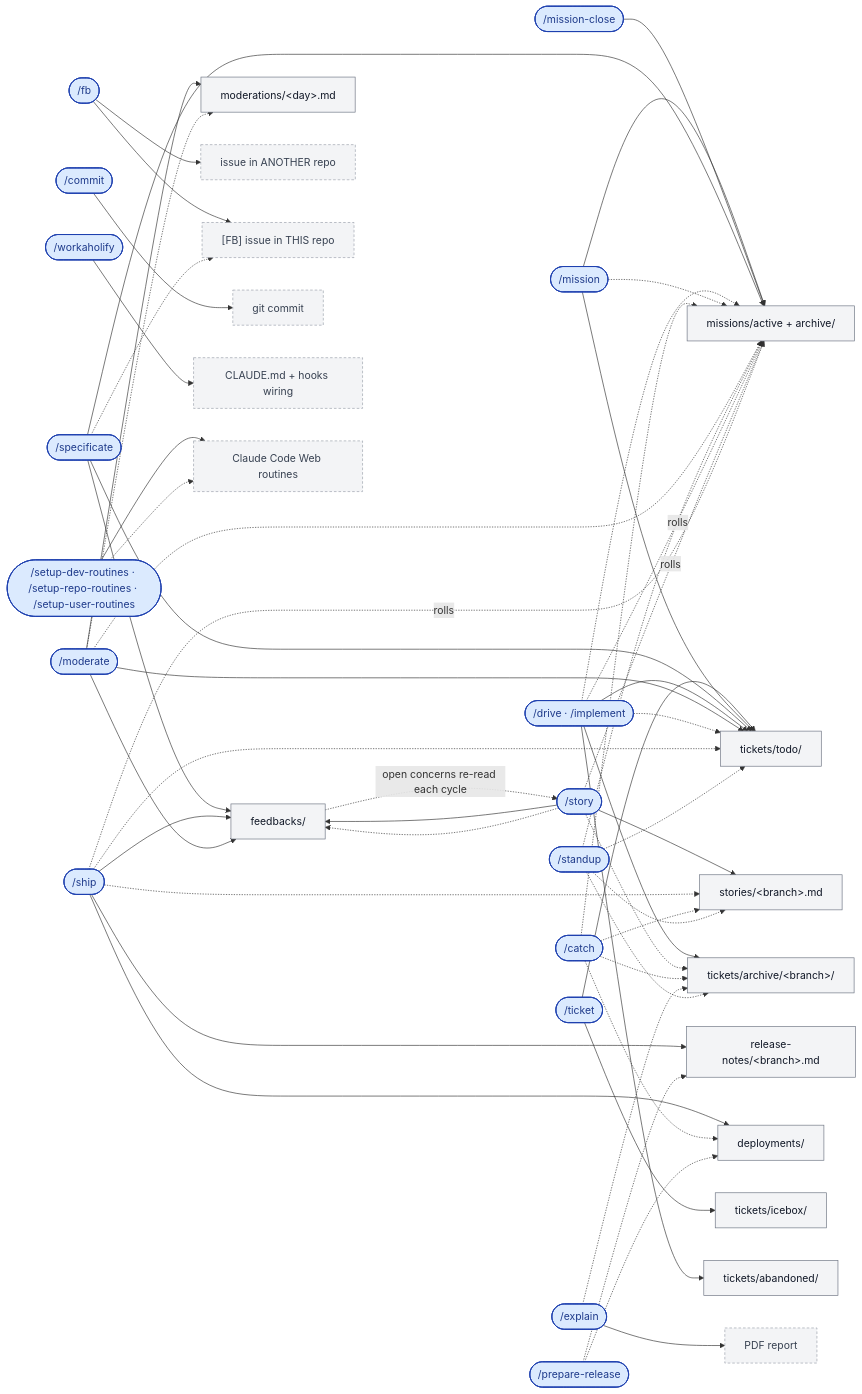
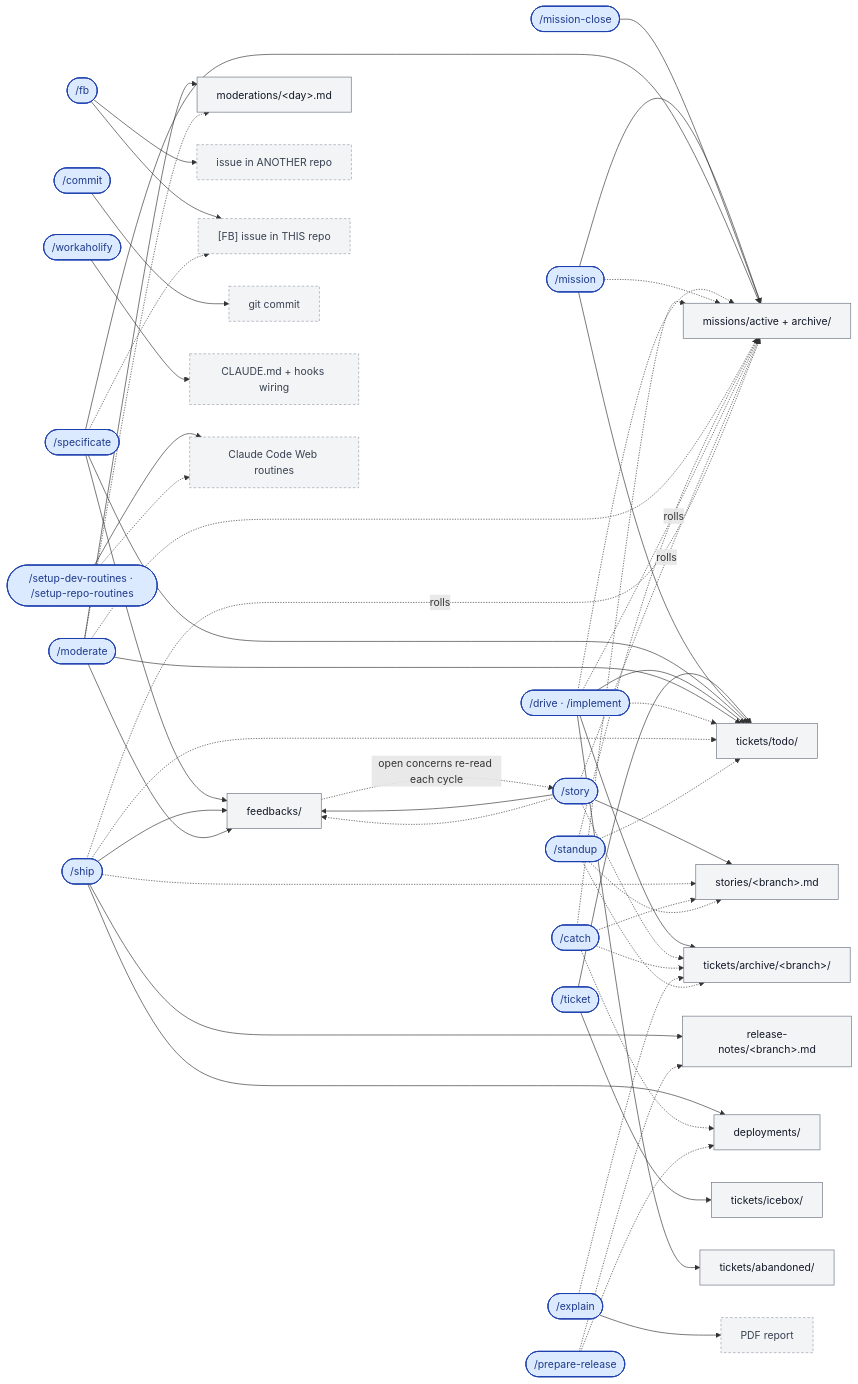
Before and after one commit to qmu/workaholic: the fourth of 5 diagrams in README.md, drawn with Mermaid. The commit also changed other lines of this file and 17 other files, not shown here.

```diff
--- a/README.md
+++ b/README.md
@@ -319,7 +318,7 @@
   commit(["/commit"])
   explain(["/explain"])
   workaholify(["/workaholify"])
-  setuproutines(["/setup-dev-routines · /setup-repo-routines · /setup-user-routines"])
+  setuproutines(["/setup-dev-routines · /setup-repo-routines"])
   releasestatus(["/prepare-release"])
   standup(["/standup"])
   moderate(["/moderate"])
```
